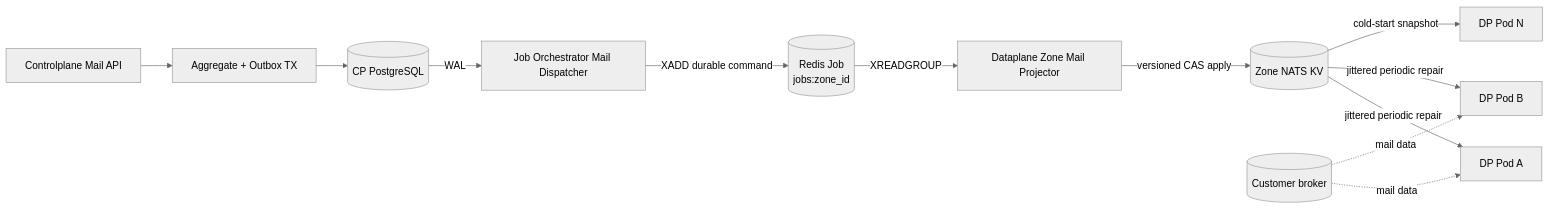
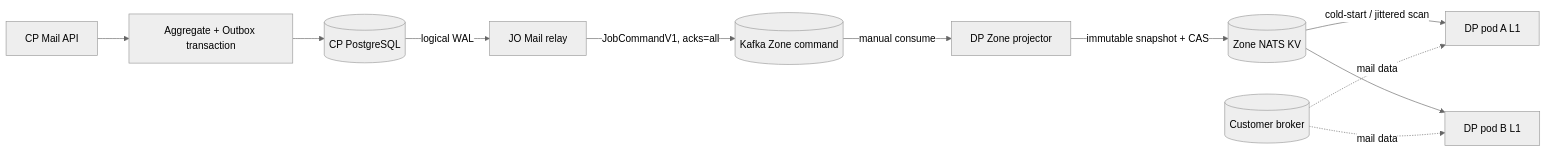
The first of 5 diagrams in god_view/mail/mail_configuration_projection_god_view.md (phucle996/aurora), drawn with Mermaid (neutral theme) before and after one commit. The commit also changed other lines of this file and 91 other files, not shown here.

Commit message:
feat: migrate job-orchestrator and dataplane communication from Redis PubSub to Kafka transport layer

````diff
--- a/god_view/mail/mail_configuration_projection_god_view.md
+++ b/god_view/mail/mail_configuration_projection_god_view.md
@@ -24,15 +24,14 @@
 ```mermaid
 flowchart LR
-    API[Controlplane Mail API] --> TX[Aggregate + Outbox TX]
+    API[CP Mail API] --> TX[Aggregate + Outbox transaction]
     TX --> DB[(CP PostgreSQL)]
-    DB -->|WAL| JO[Job Orchestrator Mail Dispatcher]
-    JO -->|XADD durable command| RJ[(Redis Job<br/>jobs:zone_id)]
-    RJ -->|XREADGROUP| ZP[Dataplane Zone Mail Projector]
-    ZP -->|versioned CAS apply| L2[(Zone NATS KV)]
-    L2 -->|jittered periodic repair| DP1[DP Pod A]
-    L2 -->|jittered periodic repair| DP2[DP Pod B]
-    L2 -->|cold-start snapshot| DPN[DP Pod N]
+    DB -->|logical WAL| JO[JO Mail relay]
+    JO -->|JobCommandV1, acks=all| K[(Kafka Zone command)]
+    K -->|manual consume| ZP[DP Zone projector]
+    ZP -->|immutable snapshot + CAS| L2[(Zone NATS KV)]
+    L2 -->|cold-start / jittered scan| DPA[DP pod A L1]
+    L2 --> DPB[DP pod B L1]
 
-    K[(Customer broker)] -. mail data .-> DP1
-    K -. mail data .-> DP2
+    CB[(Customer broker)] -. mail data .-> DPA
+    CB -. mail data .-> DPB
 ```
````
